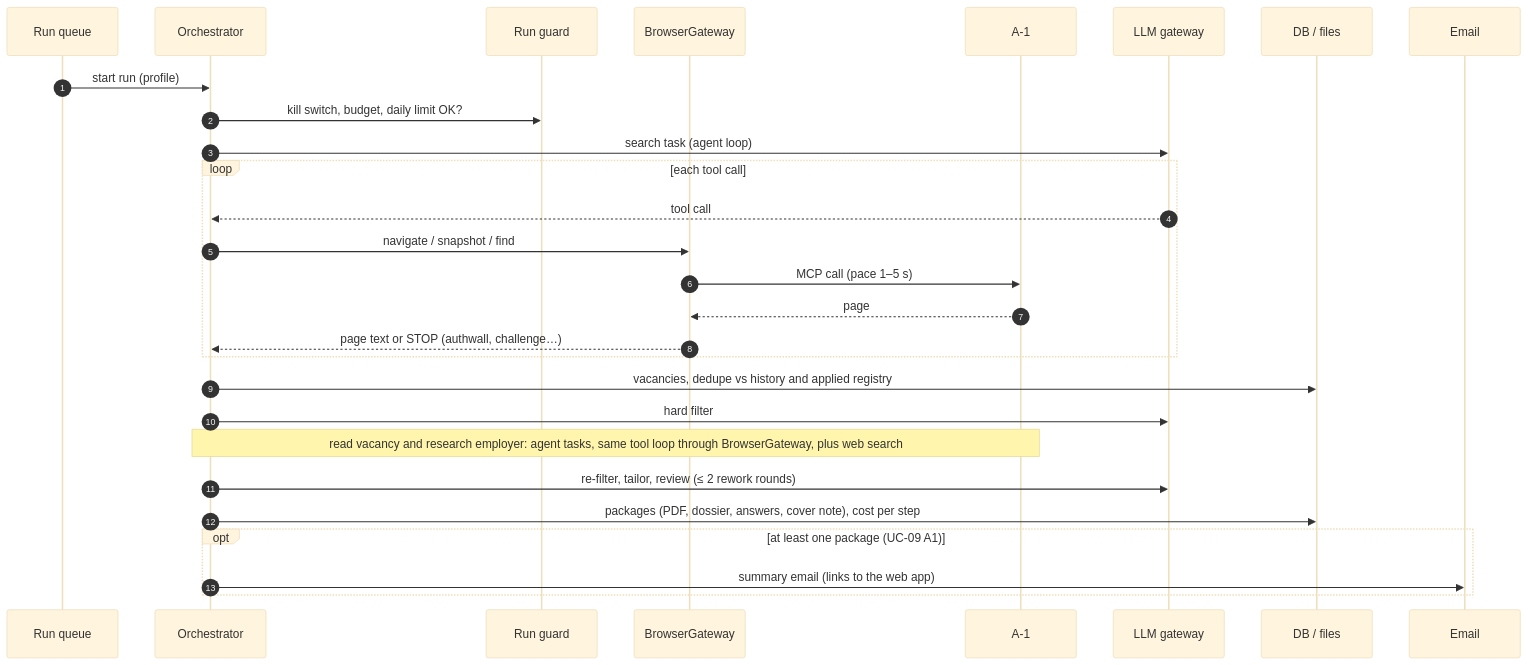
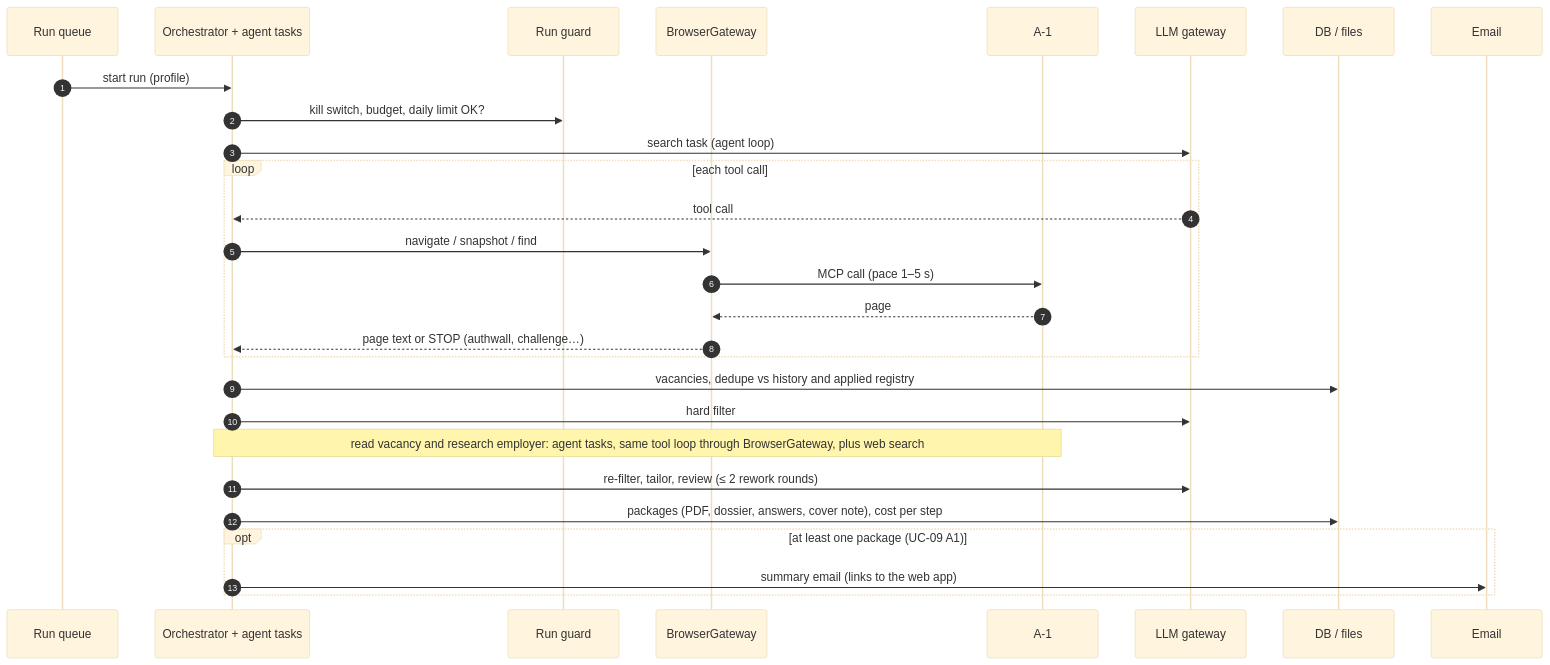
The fourth of 5 diagrams in docs/architecture.md (ArtemenkoAndrii/job-assistant), drawn with Mermaid (base theme) before and after one commit.

Commit message:
Architecture draft: agent tasks call BrowserGateway in the sequence diagram
Claude-Session: https://claude.ai/code/session_013FRJ3B33RgH9LmGnK2ZcEC

````diff
--- a/docs/architecture.md
+++ b/docs/architecture.md
@@ -136,31 +136,31 @@
 ```mermaid
 sequenceDiagram
     autonumber
     participant Q as Run queue
-    participant O as Orchestrator
+    participant O as Orchestrator + agent tasks
     participant G as Run guard
     participant B as BrowserGateway
     participant A as A-1
     participant L as LLM gateway
     participant D as DB / files
     participant M as Email
 
     Q->>O: start run (profile)
     O->>G: kill switch, budget, daily limit OK?
     O->>L: search task (agent loop)
     loop each tool call
         L-->>O: tool call
         O->>B: navigate / snapshot / find
         B->>A: MCP call (pace 1–5 s)
         A-->>B: page
         B-->>O: page text or STOP (authwall, challenge…)
     end
     O->>D: vacancies, dedupe vs history and applied registry
     O->>L: hard filter
     Note over O,A: read vacancy and research employer: agent tasks, same tool loop through BrowserGateway, plus web search
     O->>L: re-filter, tailor, review (≤ 2 rework rounds)
     O->>D: packages (PDF, dossier, answers, cover note), cost per step
     opt at least one package (UC-09 A1)
         O->>M: summary email (links to the web app)
     end
 ```
````
